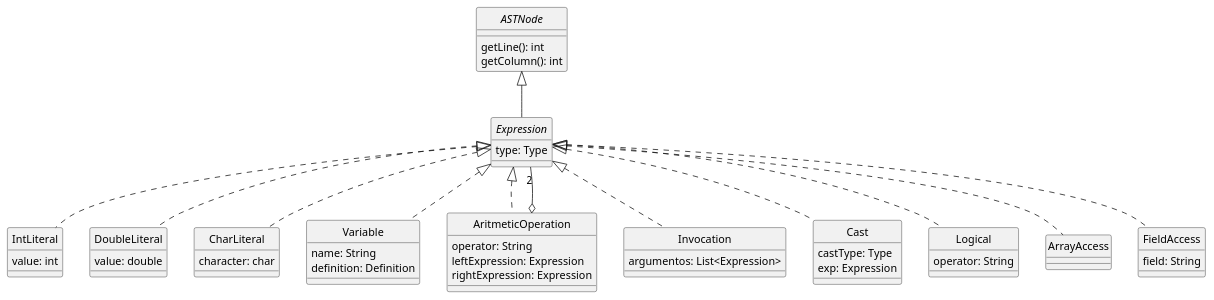
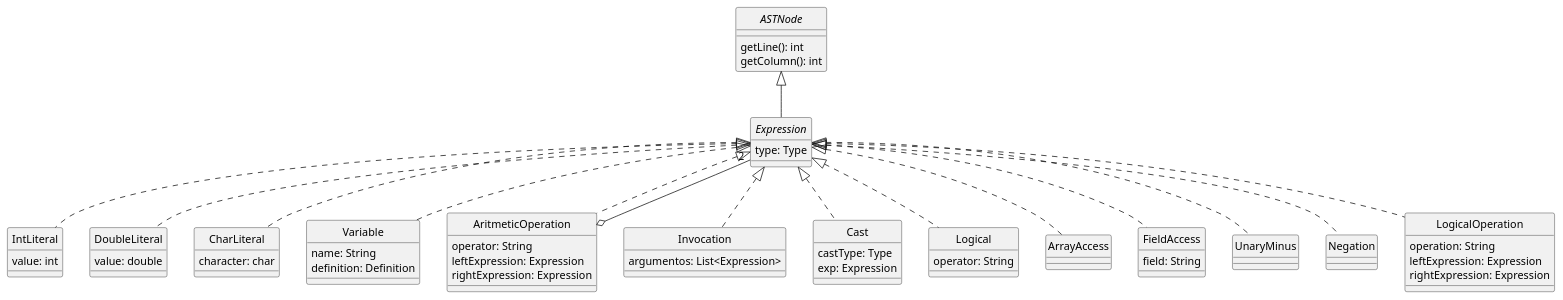
The diagram in docs/diagrams/expressions.plantuml (JonathanAriass/dlp-examen), drawn with PlantUML before and after one commit. The commit also changed 5 other files, not shown here.

Commit message:
add AST UML changes and start AST java classes

```diff
--- a/docs/diagrams/expressions.plantuml
+++ b/docs/diagrams/expressions.plantuml
@@ -1,68 +1,78 @@
 @startuml Expressions
 skinparam style strictuml
 skinparam monochrome true
 
 
 interface ASTNode {
     getLine(): int
     getColumn(): int
 }
 
 interface Expression {
     type: Type
 }
 
 class IntLiteral {
     value: int
 }
 
 class DoubleLiteral {
     value: double
 }
 
 class CharLiteral {
     character: char
 }
 
 class Variable {
     name: String
     definition: Definition
 }
 
 class AritmeticOperation {
     operator: String
     leftExpression: Expression
     rightExpression: Expression
     ' Deben de poder ser evaluables
 }
 
 class Invocation implements Expression {
     argumentos: List<Expression>
 }
 
 class Cast {
     castType: Type
     exp: Expression
 }
 
 class Logical implements Expression {
     operator: String
 }
 
 class ArrayAccess implements Expression {
 }
 
 class FieldAccess implements Expression {
     field: String
 }
 
+class UnaryMinus implements Expression {}
+
+class Negation implements Expression {}
+
+class LogicalOperation implements Expression {
+    operation: String
+    leftExpression: Expression
+    rightExpression: Expression
+}
+
 ASTNode <|-- Expression
 Expression <|.. IntLiteral
 Expression <|.. DoubleLiteral
 Expression <|.. CharLiteral
 Expression <|.. Variable
 Expression <|.. AritmeticOperation
 AritmeticOperation o-- "2" Expression
 Expression <|.. Cast
 
 @enduml
```
